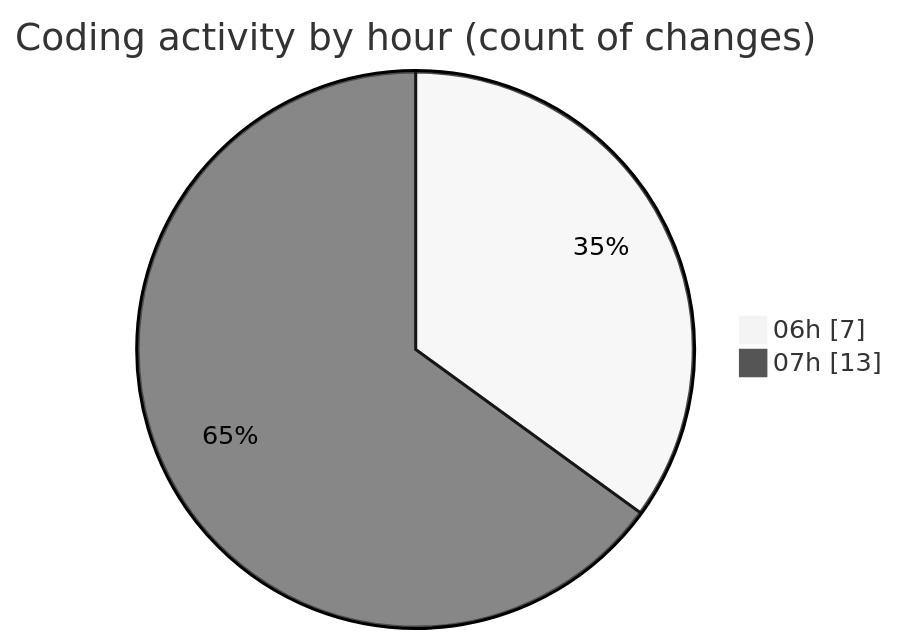
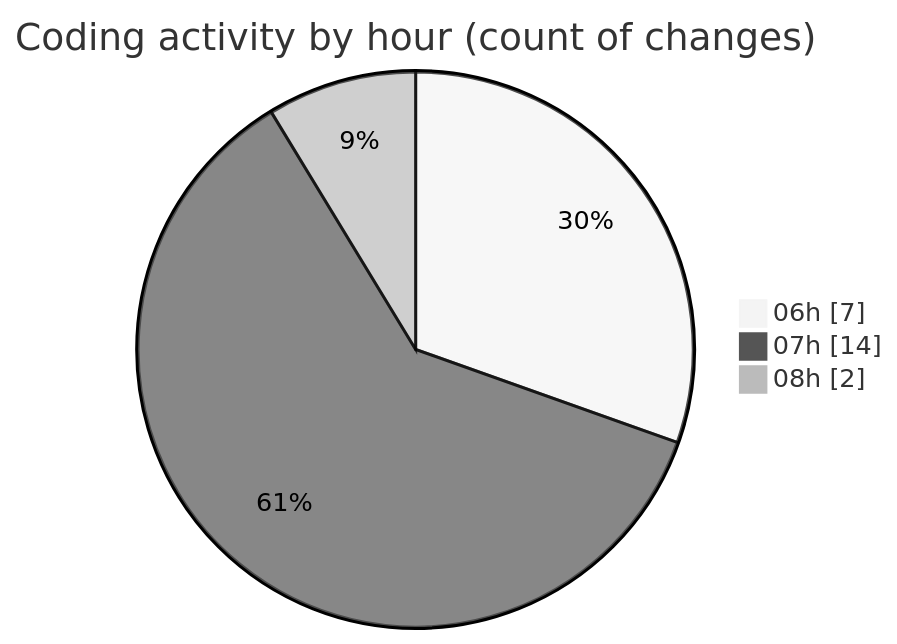
The second of 2 diagrams in 2025-04-18/zeytoon/README.md (vahidmafi/code-tracking), drawn with Mermaid (neutral theme) before and after one commit. The commit also changed other lines of this file and 1 other file, not shown here.

````diff
--- a/2025-04-18/zeytoon/README.md
+++ b/2025-04-18/zeytoon/README.md
@@ -34,6 +35,7 @@
 ```mermaid
 pie showData
 title Coding activity by hour (count of changes)
 "06h" : 7
-"07h" : 13
+"07h" : 14
+"08h" : 2
 ```
````
